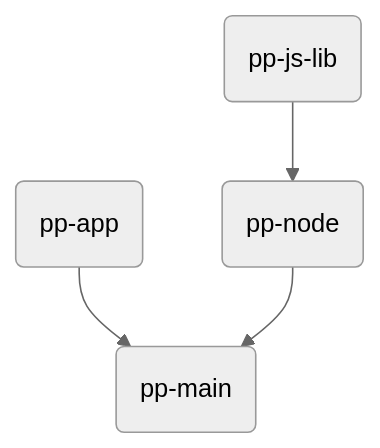
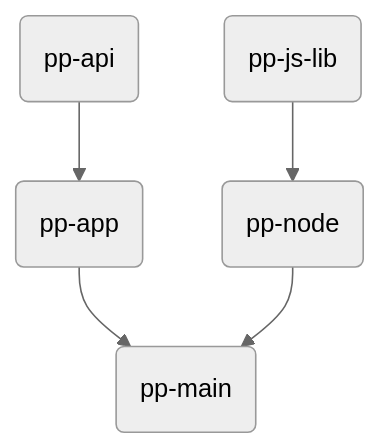
One commit to people-post/pp-main changed the second of 2 diagrams in README.md. Above: the diagram before and after it, drawn with Mermaid (neutral theme).

````diff
--- a/README.md
+++ b/README.md
@@ -58,6 +58,7 @@
 ```mermaid
 graph TB
 LIB(pp-js-lib) --> NODE(pp-node)
-APP(pp-app) --> MAIN(pp-main)
+API(pp-api) --> APP(pp-app)
+APP --> MAIN(pp-main)
 NODE --> MAIN
 ```
````
